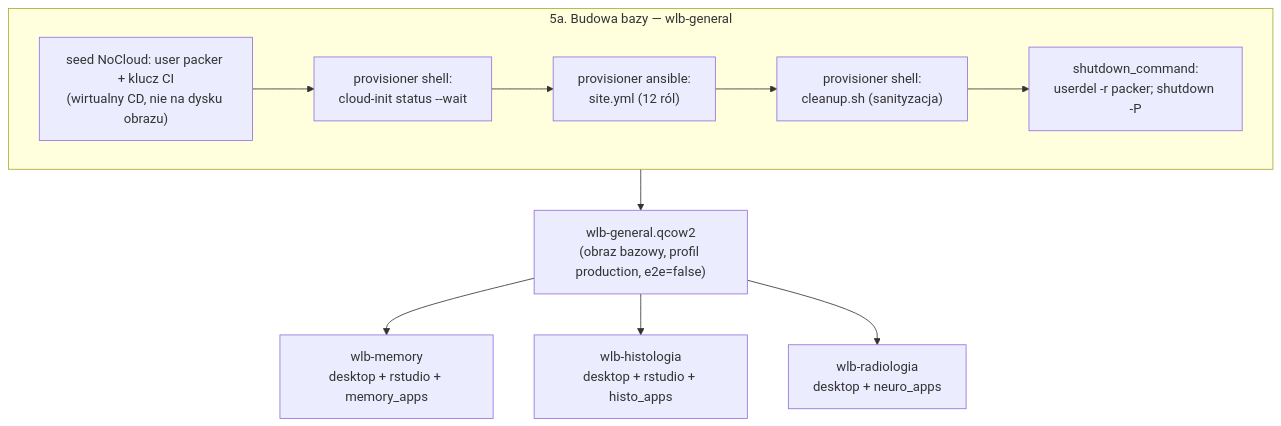
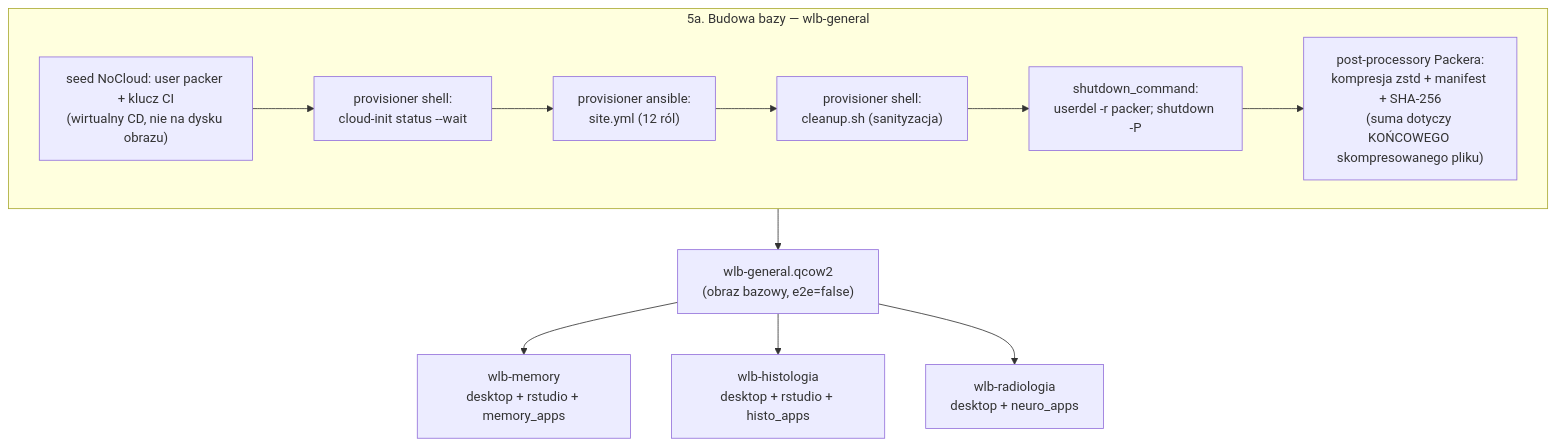
Before and after one commit to xWuWux/wlb-golden-image: the second of 4 diagrams in docs/architektura/cykl-wydania-obrazu.md, drawn with Mermaid. The commit also changed other lines of this file and 1 other file, not shown here.

````diff
--- a/docs/architektura/cykl-wydania-obrazu.md
+++ b/docs/architektura/cykl-wydania-obrazu.md
@@ -91,15 +91,16 @@
 ```mermaid
 flowchart TD
   subgraph BAZA ["5a. Budowa bazy — wlb-general"]
     C1["seed NoCloud: user packer + klucz CI<br/>(wirtualny CD, nie na dysku obrazu)"]
     C2["provisioner shell:<br/>cloud-init status --wait"]
     C3["provisioner ansible:<br/>site.yml (12 ról)"]
     C4["provisioner shell:<br/>cleanup.sh (sanityzacja)"]
     C5["shutdown_command:<br/>userdel -r packer; shutdown -P"]
-    C1 --> C2 --> C3 --> C4 --> C5
+    C6["post-processory Packera:<br/>kompresja zstd + manifest + SHA-256<br/>(suma dotyczy KOŃCOWEGO skompresowanego pliku)"]
+    C1 --> C2 --> C3 --> C4 --> C5 --> C6
   end
-  BAZA --> IMG["wlb-general.qcow2<br/>(obraz bazowy, profil production, e2e=false)"]
+  BAZA --> IMG["wlb-general.qcow2<br/>(obraz bazowy, e2e=false)"]
   IMG --> F1["wlb-memory<br/>desktop + rstudio + memory_apps"]
   IMG --> F2["wlb-histologia<br/>desktop + rstudio + histo_apps"]
   IMG --> F3["wlb-radiologia<br/>desktop + neuro_apps"]
 ```
````
